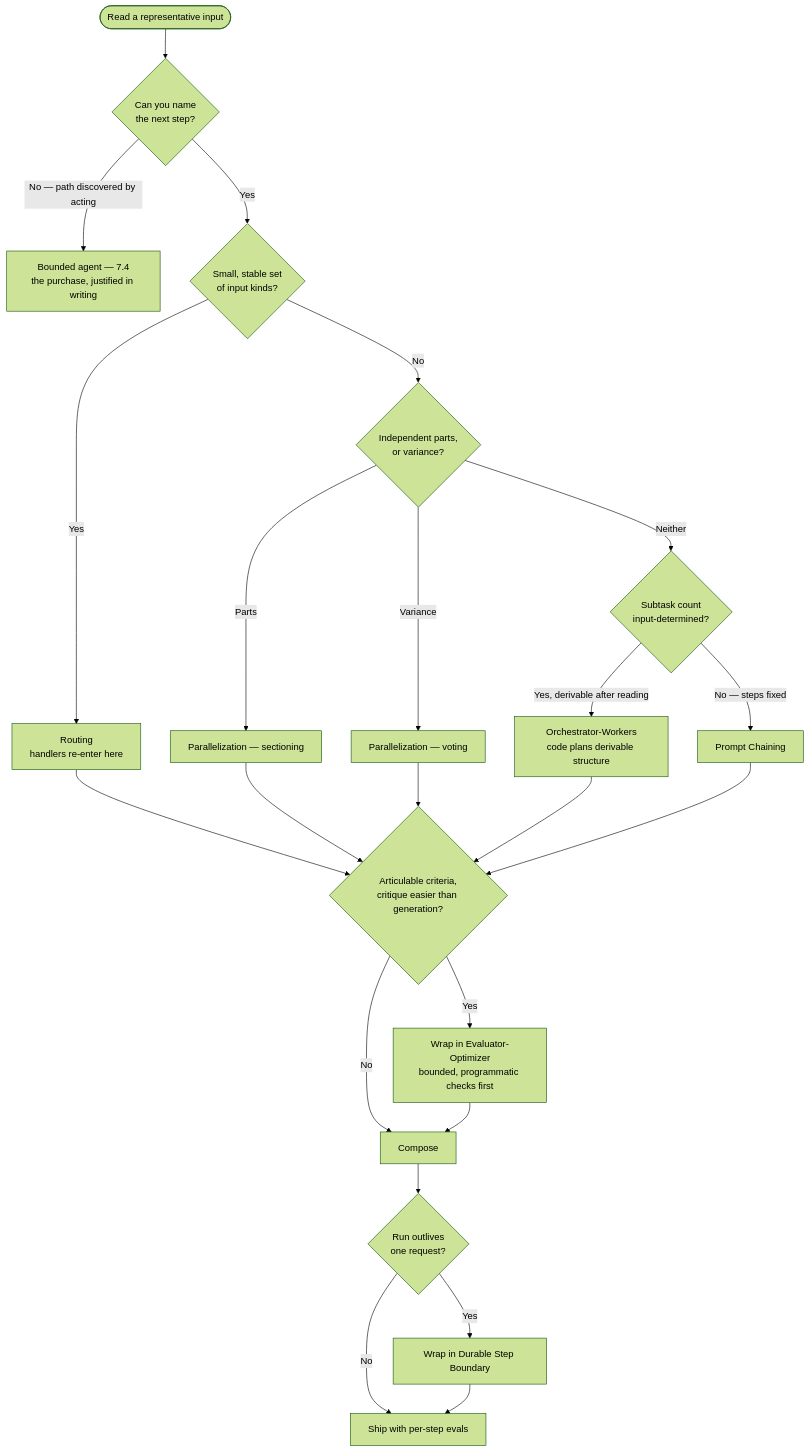
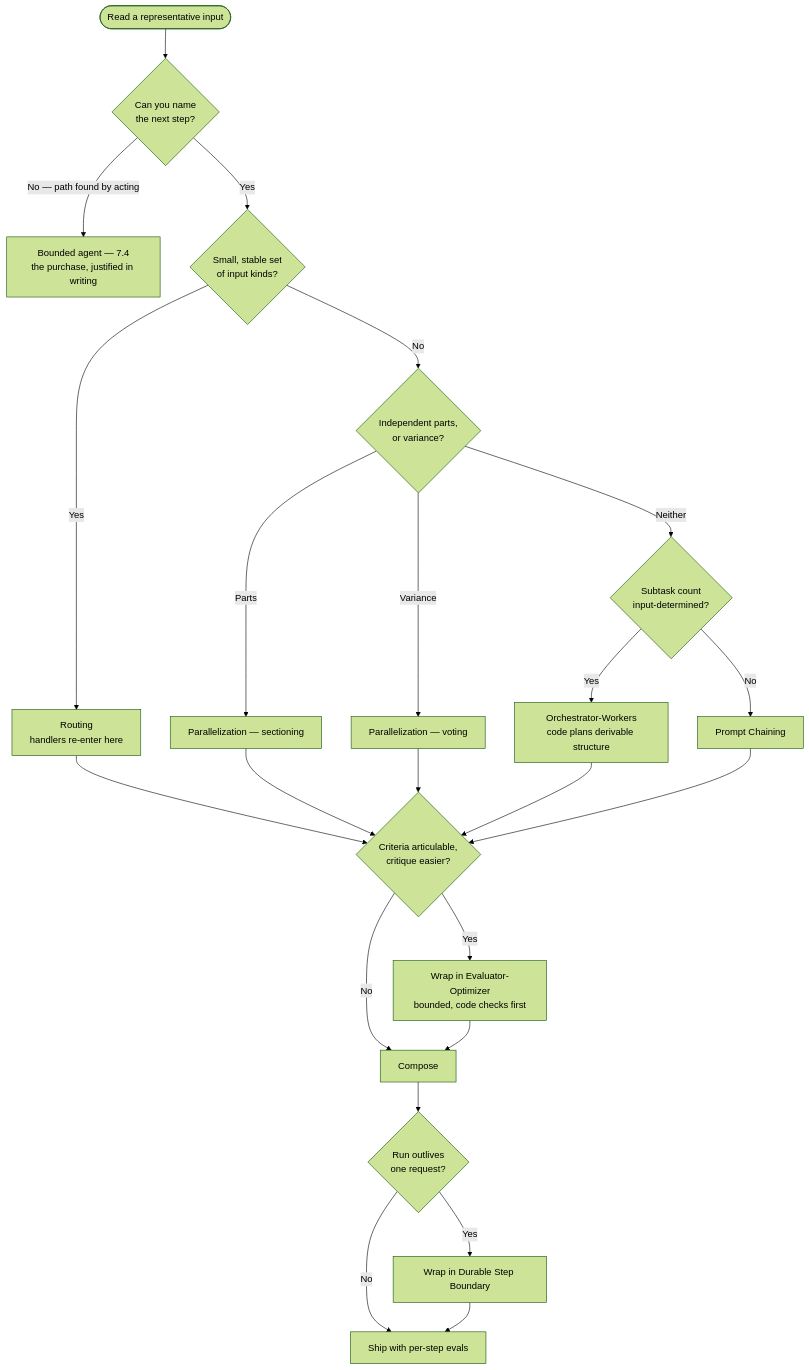
Before and after one commit to sivakrushna-works/GSAC: the diagram in curriculum/part-7-enterprise-ai-architecture-patterns/chapter-03-workflow-patterns.md, drawn with Mermaid (forest theme). The commit also changed other lines of this file and 8 other files, not shown here.

````diff
--- a/curriculum/part-7-enterprise-ai-architecture-patterns/chapter-03-workflow-patterns.md
+++ b/curriculum/part-7-enterprise-ai-architecture-patterns/chapter-03-workflow-patterns.md
@@ -104,21 +104,20 @@
 ```mermaid
 flowchart TD
-    START([Read a representative input]) --> Q1{Can you name<br/>the next step?}
-    Q1 -->|No — path discovered by acting| AGENT[Bounded agent — 7.4<br/>the purchase, justified in writing]
+    A([Read a representative input]) --> Q1{Can you name<br/>the next step?}
+    Q1 -->|No — path found by acting| AG[Bounded agent — 7.4<br/>the purchase, justified in writing]
     Q1 -->|Yes| Q2{Small, stable set<br/>of input kinds?}
-    Q2 -->|Yes| ROUTE[Routing<br/>handlers re-enter here]
+    Q2 -->|Yes| RT[Routing<br/>handlers re-enter here]
     Q2 -->|No| Q3{Independent parts,<br/>or variance?}
-    Q3 -->|Parts| PAR[Parallelization — sectioning]
-    Q3 -->|Variance| VOTE[Parallelization — voting]
+    Q3 -->|Parts| PS[Parallelization — sectioning]
+    Q3 -->|Variance| PV[Parallelization — voting]
     Q3 -->|Neither| Q4{Subtask count<br/>input-determined?}
-    Q4 -->|Yes, derivable after reading| ORCH[Orchestrator-Workers<br/>code plans derivable structure]
-    Q4 -->|No — steps fixed| CHAIN[Prompt Chaining]
-    ROUTE & PAR & VOTE & ORCH & CHAIN --> Q5{Articulable criteria,<br/>critique easier than generation?}
-    Q5 -->|Yes| EVAL[Wrap in Evaluator-Optimizer<br/>bounded, programmatic checks first]
-    Q5 -->|No| DONE[Compose]
-    EVAL --> DONE
-    DONE --> Q6{Run outlives<br/>one request?}
-    Q6 -->|Yes| DUR[Wrap in Durable Step Boundary]
-    Q6 -->|No| SHIP[Ship with per-step evals]
-    DUR --> SHIP
+    Q4 -->|Yes| OW[Orchestrator-Workers<br/>code plans derivable structure]
+    Q4 -->|No| PC[Prompt Chaining]
+    RT & PS & PV & OW & PC --> Q5{Criteria articulable,<br/>critique easier?}
+    Q5 -->|Yes| EO[Wrap in Evaluator-Optimizer<br/>bounded, code checks first]
+    Q5 -->|No| C[Compose]
+    EO --> C --> Q6{Run outlives<br/>one request?}
+    Q6 -->|Yes| DS[Wrap in Durable Step Boundary]
+    Q6 -->|No| SH[Ship with per-step evals]
+    DS --> SH
 ```
````
